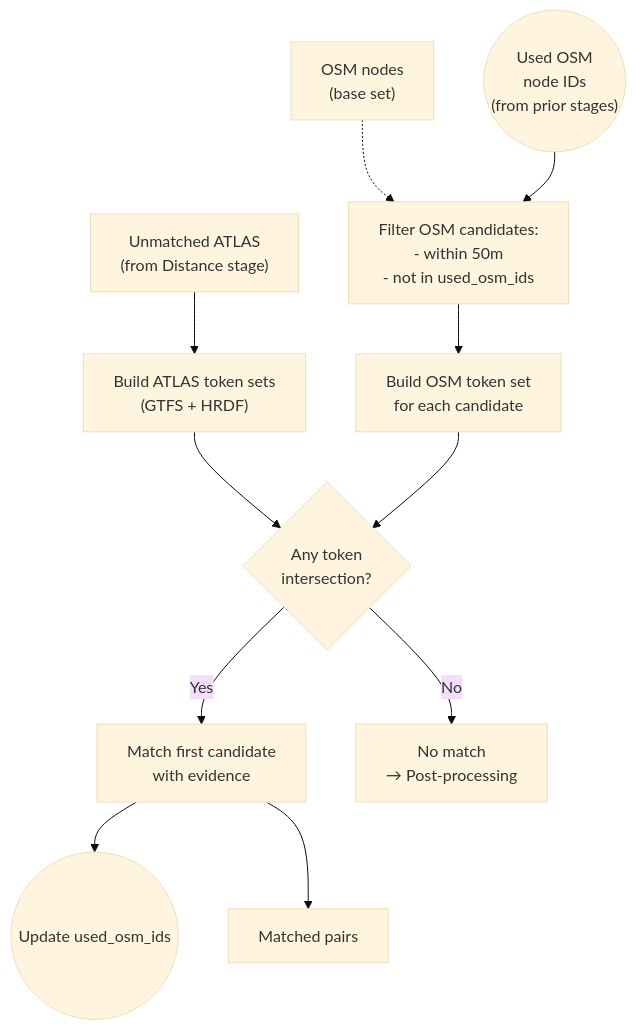
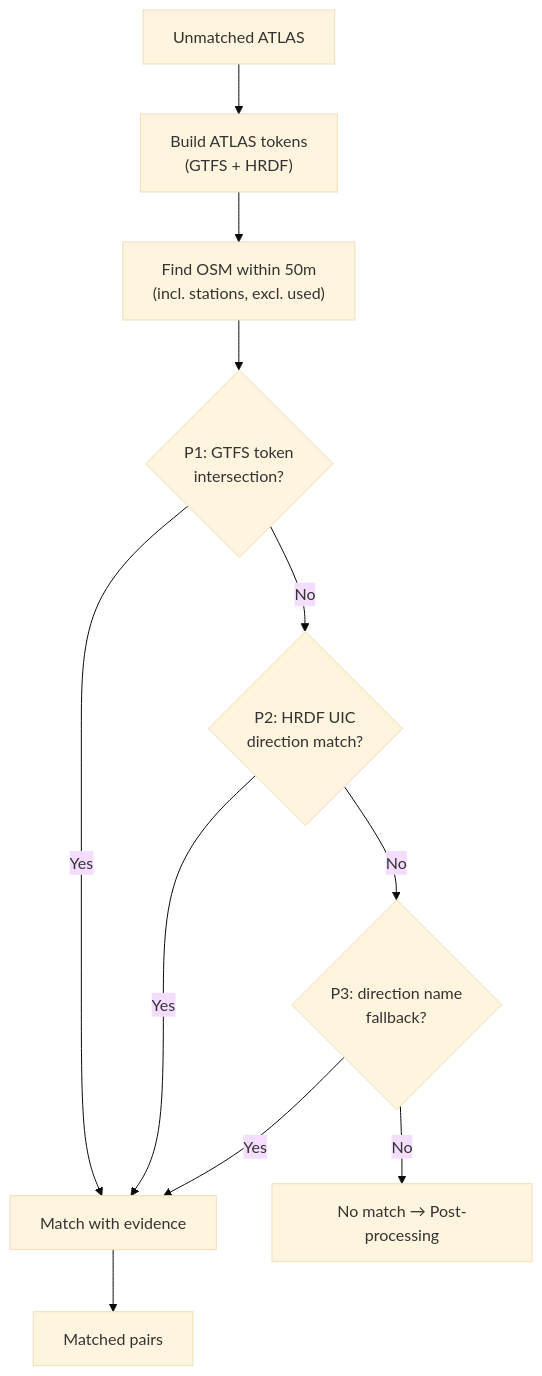
Before and after one commit to openTdataCH/stop_sync_osm_atlas: the diagram in documentation/2.4 Route Matching.md, drawn with Mermaid (base theme). The commit also changed other lines of this file and 39 other files, not shown here.

````diff
--- a/documentation/2.4 Route Matching.md
+++ b/documentation/2.4 Route Matching.md
@@ -5,21 +5,13 @@
 ```mermaid
 flowchart TB
-    %% ===== INPUTS =====
-    IN["Unmatched ATLAS<br/>(from Distance stage)"]
-    OSM["OSM nodes<br/>(base set)"]
-    U(("Used OSM<br/>node IDs<br/>(from prior stages)"))
-
-    IN --> T["Build ATLAS token sets<br/>(GTFS + HRDF)"]
-    OSM -.-> C
-    U --> C["Filter OSM candidates:<br/>- within 50m<br/>- not in used_osm_ids"]
-
-    C --> OT["Build OSM token set<br/>for each candidate"]
-    T --> I{"Any token<br/>intersection?"}
-    OT --> I
-
-    I -->|Yes| M["Match first candidate<br/>with evidence"]
-    I -->|No| N["No match<br/>→ Post-processing"]
-
-    M --> U2(("Update used_osm_ids"))
+    IN["Unmatched ATLAS"] --> T["Build ATLAS tokens<br/>(GTFS + HRDF)"]
+    T --> C["Find OSM within 50m<br/>(incl. stations, excl. used)"]
+    C --> P1{"P1: GTFS token<br/>intersection?"}
+    P1 -->|Yes| M["Match with evidence"]
+    P1 -->|No| P2{"P2: HRDF UIC<br/>direction match?"}
+    P2 -->|Yes| M
+    P2 -->|No| P3{"P3: direction name<br/>fallback?"}
+    P3 -->|Yes| M
+    P3 -->|No| X["No match → Post-processing"]
     M --> OUT["Matched pairs"]
 ```
````
